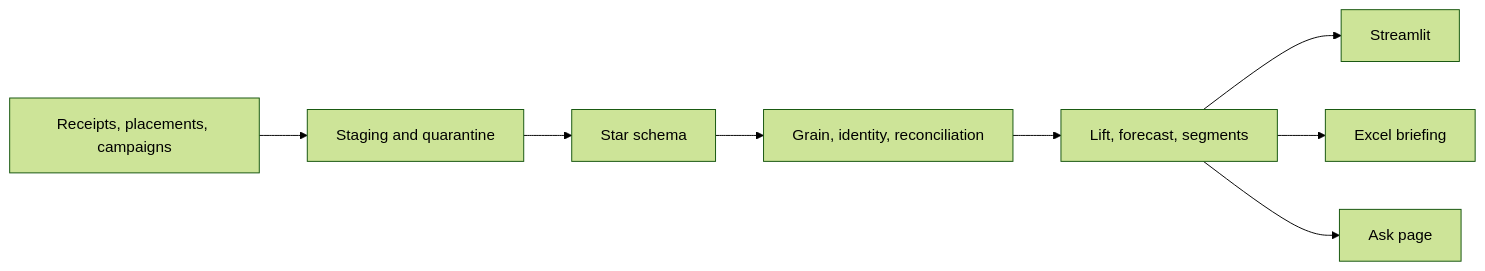
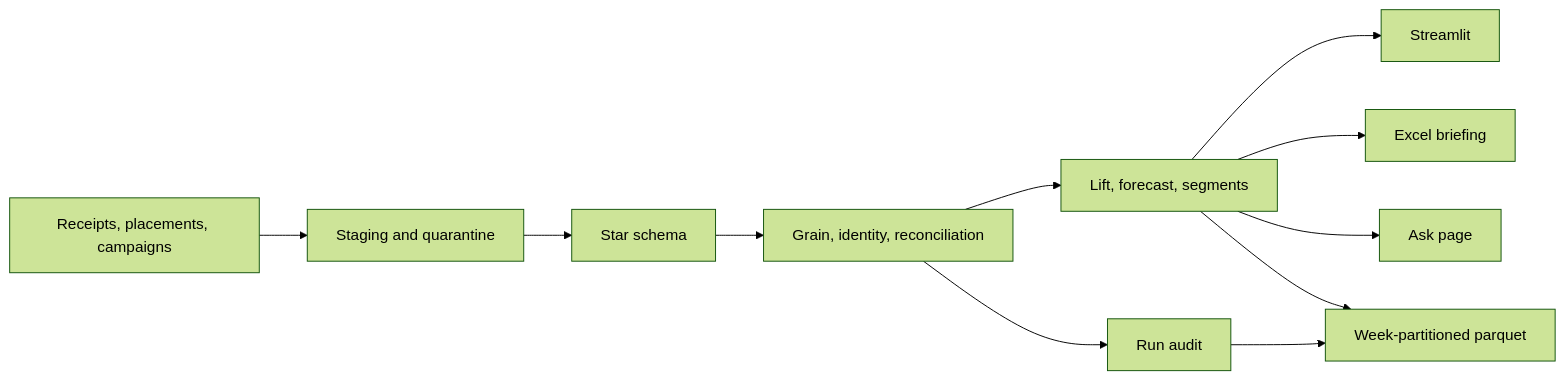
Before and after one commit to RushabhKabra/promo-lift-lab: the diagram in README.md, drawn with Mermaid (forest theme). The commit also changed other lines of this file and 14 other files, not shown here.

First line of the commit message:
Add a pipeline audit and week-partitioned curated exports

````diff
--- a/README.md
+++ b/README.md
@@ -44,10 +44,13 @@
 ```mermaid
 flowchart LR
   files[Receipts, placements, campaigns] --> stage[Staging and quarantine]
   stage --> star[Star schema]
   star --> checks[Grain, identity, reconciliation]
   checks --> marts[Lift, forecast, segments]
+  checks --> audit[Run audit]
   marts --> app[Streamlit]
   marts --> xl[Excel briefing]
   marts --> ask[Ask page]
+  marts --> curated[Week-partitioned parquet]
+  audit --> curated
 ```
````
